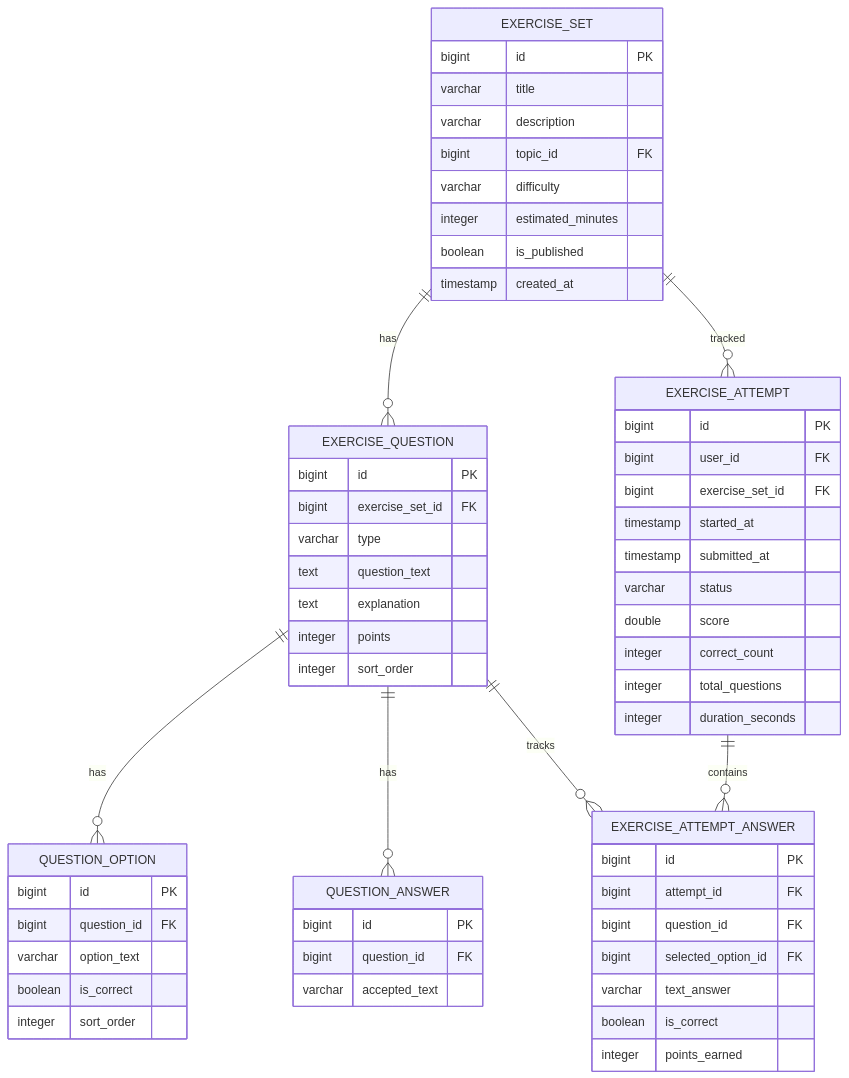
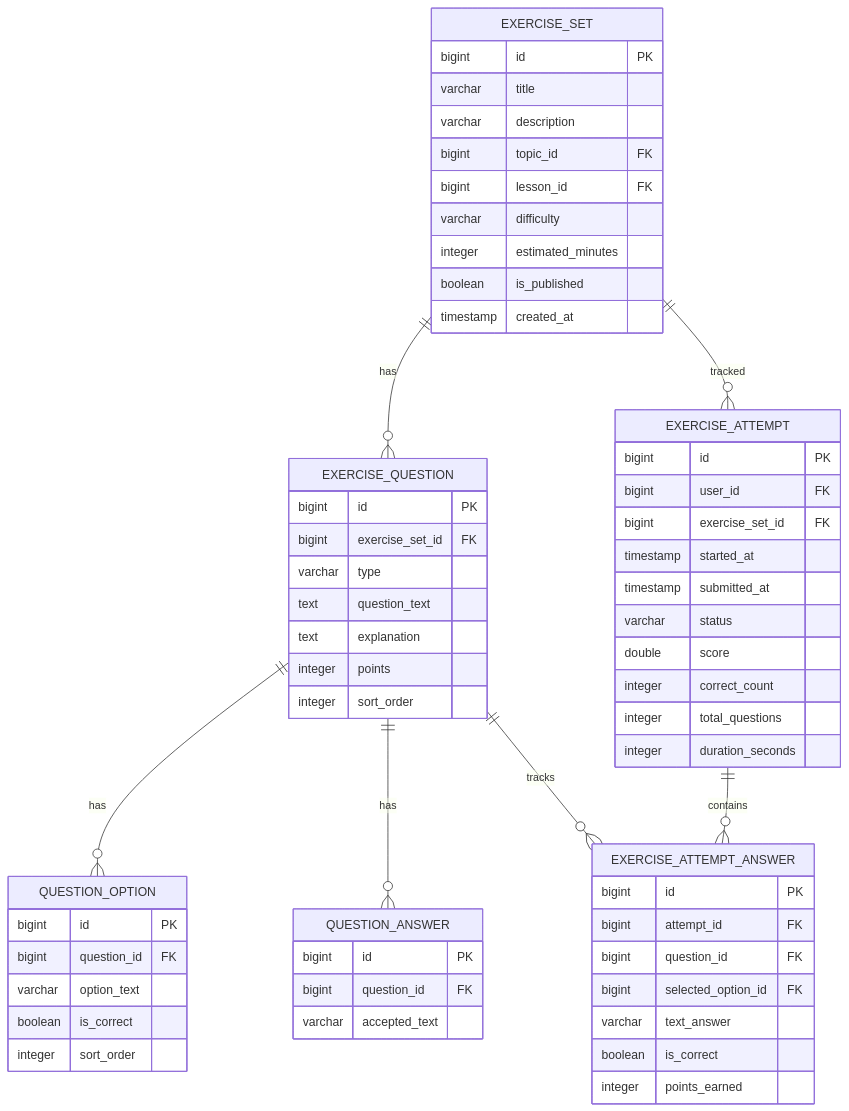
One commit to pkucpkam/langwhich-website-project changed the second of 2 diagrams in system-architecture/exercise-practice-system.md. Above: the diagram before and after it, drawn with Mermaid. The commit also changed 64 other files, not shown here.

````diff
--- a/system-architecture/exercise-practice-system.md
+++ b/system-architecture/exercise-practice-system.md
@@ -120,62 +120,63 @@
 ```mermaid
 erDiagram
     EXERCISE_SET {
         bigint id PK
         varchar title
         varchar description
         bigint topic_id FK
+        bigint lesson_id FK
         varchar difficulty
         integer estimated_minutes
         boolean is_published
         timestamp created_at
     }
     EXERCISE_QUESTION {
         bigint id PK
         bigint exercise_set_id FK
         varchar type
         text question_text
         text explanation
         integer points
         integer sort_order
     }
     QUESTION_OPTION {
         bigint id PK
         bigint question_id FK
         varchar option_text
         boolean is_correct
         integer sort_order
     }
     QUESTION_ANSWER {
         bigint id PK
         bigint question_id FK
         varchar accepted_text
     }
     EXERCISE_ATTEMPT {
         bigint id PK
         bigint user_id FK
         bigint exercise_set_id FK
         timestamp started_at
         timestamp submitted_at
         varchar status
         double score
         integer correct_count
         integer total_questions
         integer duration_seconds
     }
     EXERCISE_ATTEMPT_ANSWER {
         bigint id PK
         bigint attempt_id FK
         bigint question_id FK
         bigint selected_option_id FK
         varchar text_answer
         boolean is_correct
         integer points_earned
     }
 
     EXERCISE_SET ||--o{ EXERCISE_QUESTION : has
     EXERCISE_QUESTION ||--o{ QUESTION_OPTION : has
     EXERCISE_QUESTION ||--o{ QUESTION_ANSWER : has
     EXERCISE_SET ||--o{ EXERCISE_ATTEMPT : tracked
     EXERCISE_ATTEMPT ||--o{ EXERCISE_ATTEMPT_ANSWER : contains
     EXERCISE_QUESTION ||--o{ EXERCISE_ATTEMPT_ANSWER : tracks
 ```
````
